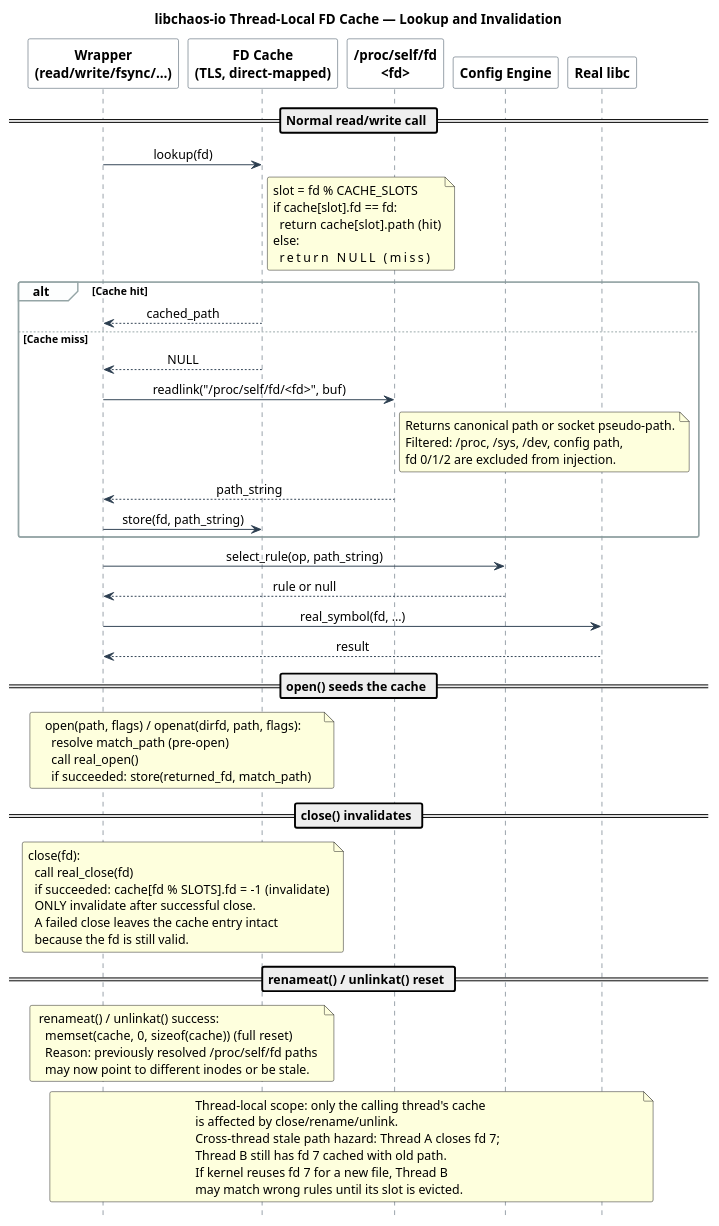
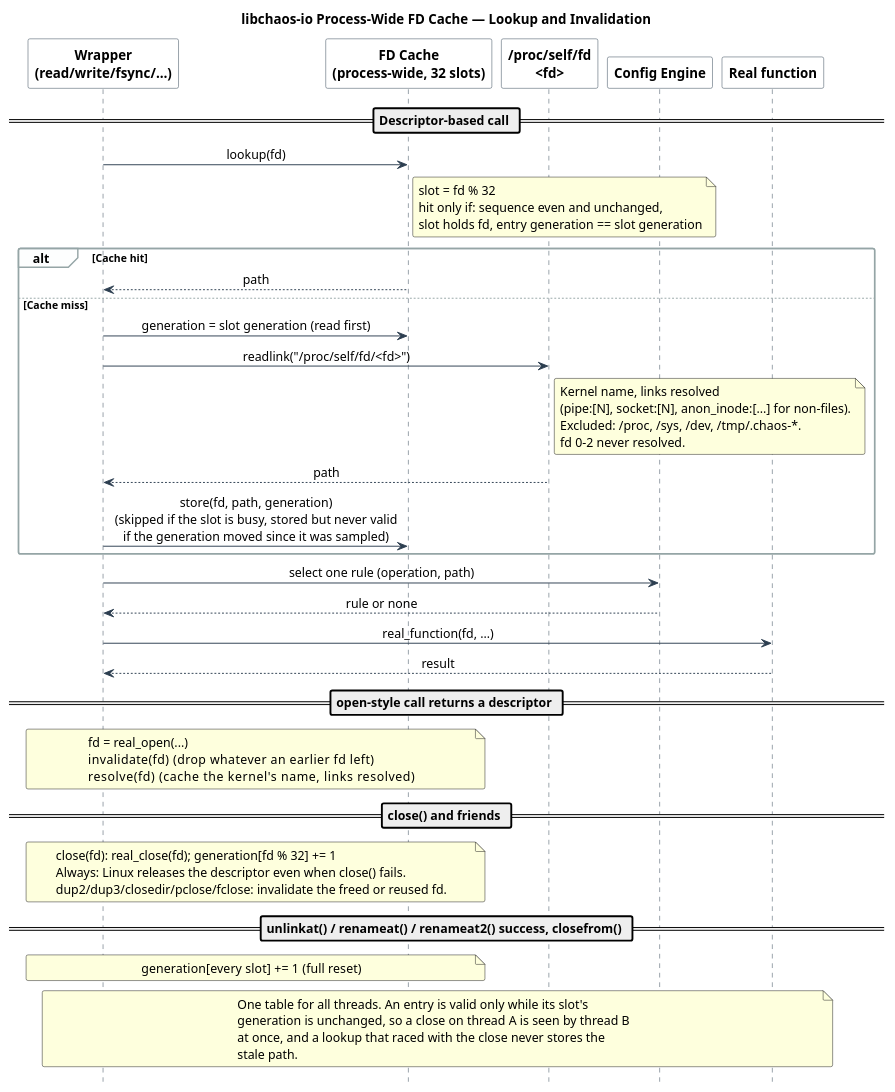
One commit to macstab/macstab-chaos-testing-libraries changed the fourth of 4 diagrams in docs/IO.md. Above: the diagram before and after it, drawn with PlantUML. The commit also changed other lines of this file and 324 other files, not shown here.

First line of the commit message:
feat: SECCOMP injection mode (chaos-init), review fixes, full coverage (#33)

````diff
--- a/docs/IO.md
+++ b/docs/IO.md
@@ -522,6 +569,6 @@
 ```plantuml
 @startuml fdcache
-title libchaos-io Thread-Local FD Cache — Lookup and Invalidation
+title libchaos-io Process-Wide FD Cache — Lookup and Invalidation
 
 skinparam sequenceMessageAlign center
 skinparam shadowing false
@@ -539,77 +586,67 @@
 hide footbox
 
 participant "Wrapper\n(read/write/fsync/…)" as Wrap
-participant "FD Cache\n(TLS, direct-mapped)" as Cache
+participant "FD Cache\n(process-wide, 32 slots)" as Cache
 participant "/proc/self/fd\n<fd>" as Proc
 participant "Config Engine" as Config
-participant "Real libc" as Real
+participant "Real function" as Real
 
-== Normal read/write call ==
+== Descriptor-based call ==
 
 Wrap -> Cache : lookup(fd)
 note right of Cache
-  slot = fd % CACHE_SLOTS
-  if cache[slot].fd == fd:
-    return cache[slot].path  (hit)
-  else:
-    return NULL              (miss)
+  slot = fd % 32
+  hit only if: sequence even and unchanged,
+  slot holds fd, entry generation == slot generation
 end note
 
 alt Cache hit
-  Cache --> Wrap : cached_path
+  Cache --> Wrap : path
 else Cache miss
-  Cache --> Wrap : NULL
-  Wrap -> Proc : readlink("/proc/self/fd/<fd>", buf)
+  Wrap -> Cache : generation = slot generation (read first)
+  Wrap -> Proc : readlink("/proc/self/fd/<fd>")
   note right of Proc
-    Returns canonical path or socket pseudo-path.
-    Filtered: /proc, /sys, /dev, config path,
-    fd 0/1/2 are excluded from injection.
+    Kernel name, links resolved
+    (pipe:[N], socket:[N], anon_inode:[...] for non-files).
+    Excluded: /proc, /sys, /dev, /tmp/.chaos-*.
+    fd 0-2 never resolved.
   end note
-  Proc --> Wrap : path_string
-  Wrap -> Cache : store(fd, path_string)
+  Proc --> Wrap : path
+  Wrap -> Cache : store(fd, path, generation)\n(skipped if the slot is busy, stored but never valid\nif the generation moved since it was sampled)
 end
 
-Wrap -> Config : select_rule(op, path_string)
-Config --> Wrap : rule or null
-Wrap -> Real : real_symbol(fd, …)
+Wrap -> Config : select one rule (operation, path)
+Config --> Wrap : rule or none
+Wrap -> Real : real_function(fd, …)
 Real --> Wrap : result
 
-== open() seeds the cache ==
+== open-style call returns a descriptor ==
 
 note over Wrap, Cache
-  open(path, flags) / openat(dirfd, path, flags):
-    resolve match_path (pre-open)
-    call real_open()
-    if succeeded: store(returned_fd, match_path)
+  fd = real_open(...)
+  invalidate(fd)       (drop whatever an earlier fd left)
+  resolve(fd)          (cache the kernel's name, links resolved)
 end note
 
-== close() invalidates ==
+== close() and friends ==
 
 note over Wrap, Cache
-  close(fd):
-    call real_close(fd)
-    if succeeded: cache[fd % SLOTS].fd = -1  (invalidate)
-    ONLY invalidate after successful close.
-    A failed close leaves the cache entry intact
-    because the fd is still valid.
+  close(fd): real_close(fd); generation[fd % 32] += 1
+  Always: Linux releases the descriptor even when close() fails.
+  dup2/dup3/closedir/pclose/fclose: invalidate the freed or reused fd.
 end note
 
-== renameat() / unlinkat() reset ==
+== unlinkat() / renameat() / renameat2() success, closefrom() ==
 
 note over Wrap, Cache
-  renameat() / unlinkat() success:
-    memset(cache, 0, sizeof(cache))  (full reset)
-    Reason: previously resolved /proc/self/fd paths
-    may now point to different inodes or be stale.
+  generation[every slot] += 1  (full reset)
 end note
 
 note across
-  Thread-local scope: only the calling thread's cache
-  is affected by close/rename/unlink.
-  Cross-thread stale path hazard: Thread A closes fd 7;
-  Thread B still has fd 7 cached with old path.
-  If kernel reuses fd 7 for a new file, Thread B
-  may match wrong rules until its slot is evicted.
+  One table for all threads. An entry is valid only while its slot's
+  generation is unchanged, so a close on thread A is seen by thread B
+  at once, and a lookup that raced with the close never stores the
+  stale path.
 end note
 
 @enduml
````
